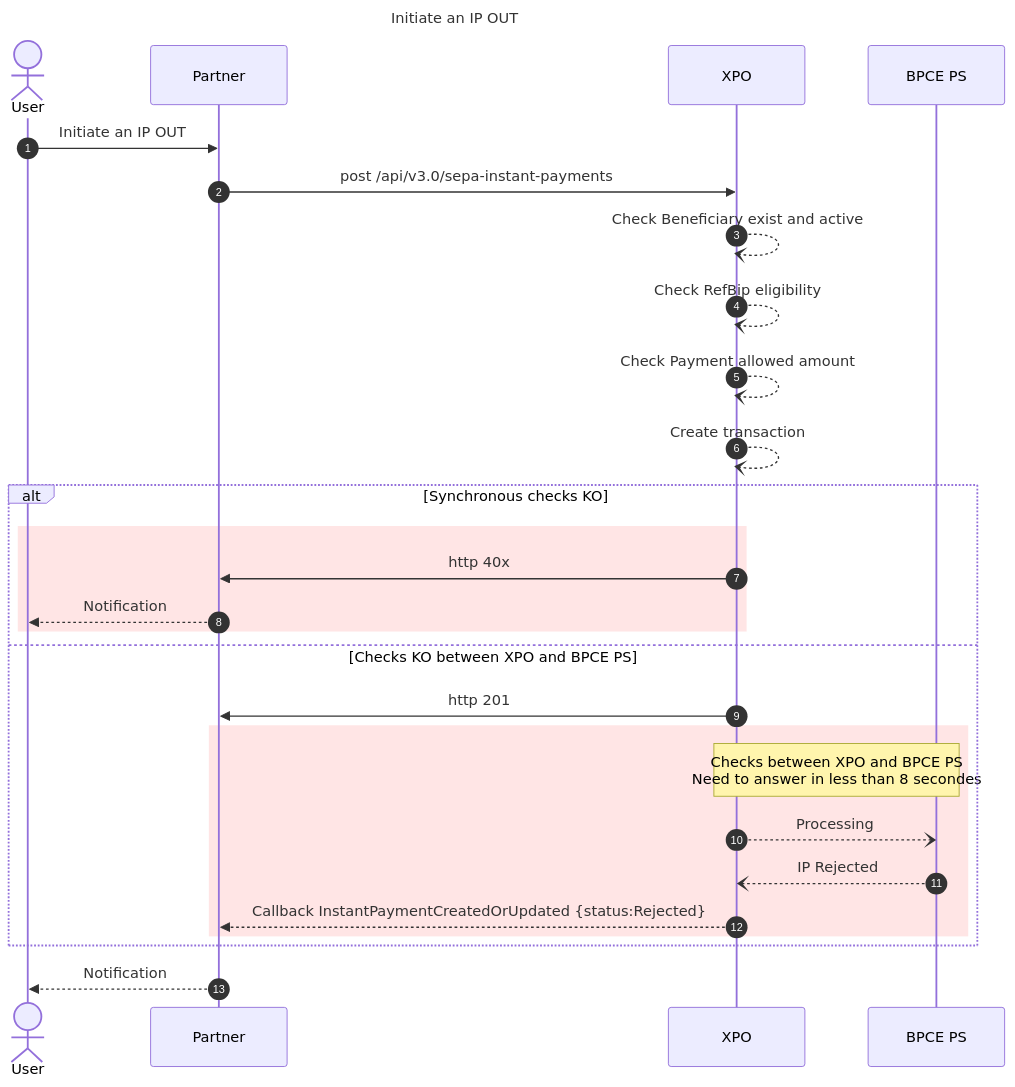
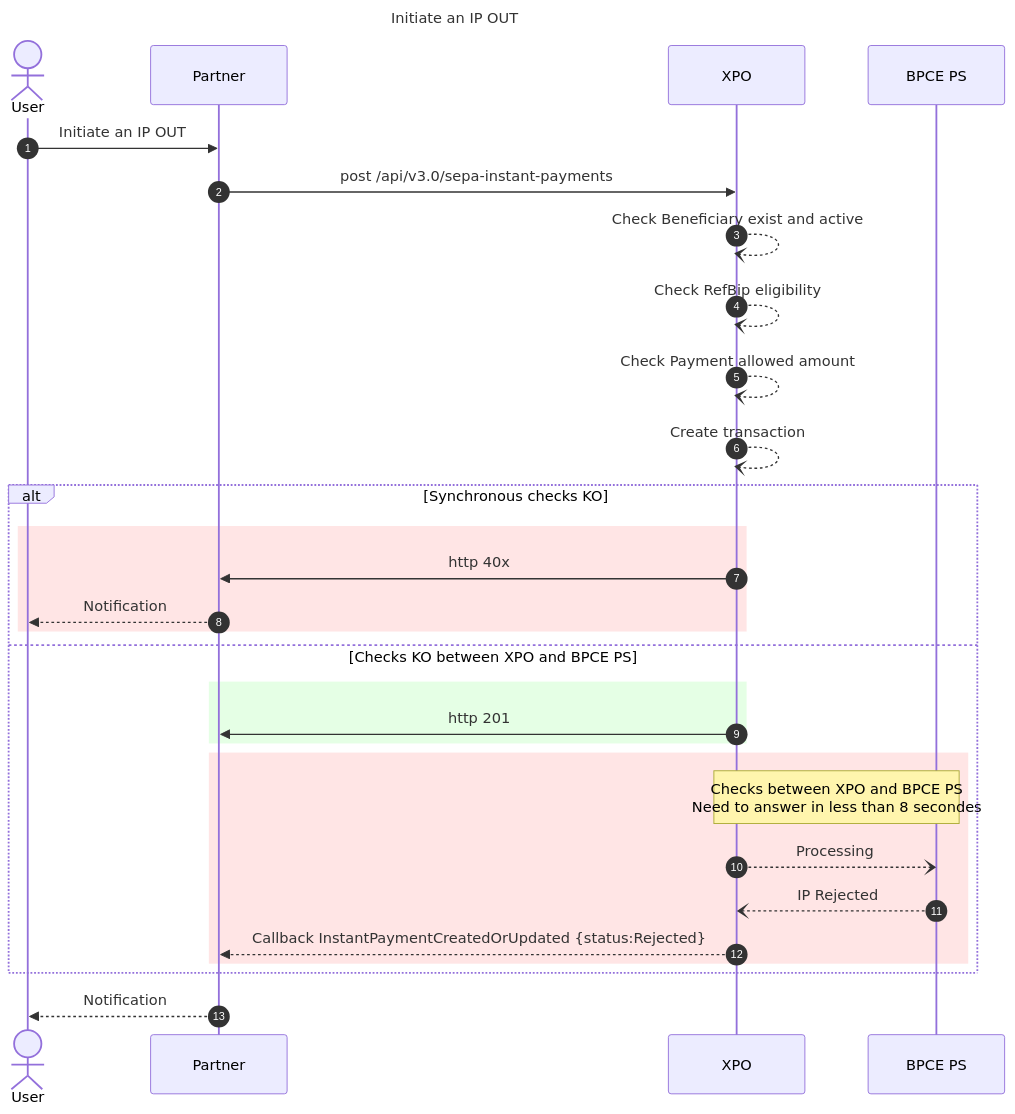
One commit to pomme-clic/s-money-documentation changed the sixth of 11 diagrams in docs/usecases/sepa_transfers/instant_payment.md. Above: the diagram before and after it, drawn with Mermaid. The commit also changed other lines of this file, not shown here.

````diff
--- a/docs/usecases/sepa_transfers/instant_payment.md
+++ b/docs/usecases/sepa_transfers/instant_payment.md
@@ -135,37 +133,41 @@
 ```mermaid
 sequenceDiagram
 Title: Initiate an IP OUT
 autoNumber
 Actor User
 Participant Partner
 Participant XPO
 Participant BPCE PS
 User ->> Partner : Initiate an IP OUT
 Partner ->> XPO : post /api/v3.0/sepa-instant-payments
 XPO --) XPO : Check Beneficiary exist and active
 XPO --) XPO : Check RefBip eligibility
 XPO --) XPO : Check Payment allowed amount
 XPO --) XPO : Create transaction 
 
 
 alt Synchronous checks KO
-		rect rgb(255, 0, 0, 0.1)
+        rect rgb(255, 0, 0, 0.1)
     XPO ->> Partner : http 40x
     Partner -->> User : Notification
-		end
-		
+        end
+        
 else Checks KO between XPO and BPCE PS
-        XPO ->> Partner : http 201
-		rect rgb(255, 0, 0, 0.1)
+	rect rgb(0, 255, 0, 0.1)
+			XPO ->> Partner : http 201
+	end
+
+   rect rgb(255, 0, 0, 0.1)
     Note over XPO, BPCE PS: Checks between XPO and BPCE PS <br/> Need to answer in less than 8 secondes
     XPO --) BPCE PS : Processing
     BPCE PS --)XPO : IP Rejected
     XPO -->> Partner : Callback InstantPaymentCreatedOrUpdated {status:Rejected}
-		end
-		
+   end
+        
 end
 
 Partner -->> User : Notification
 
 
+
 ```
````
